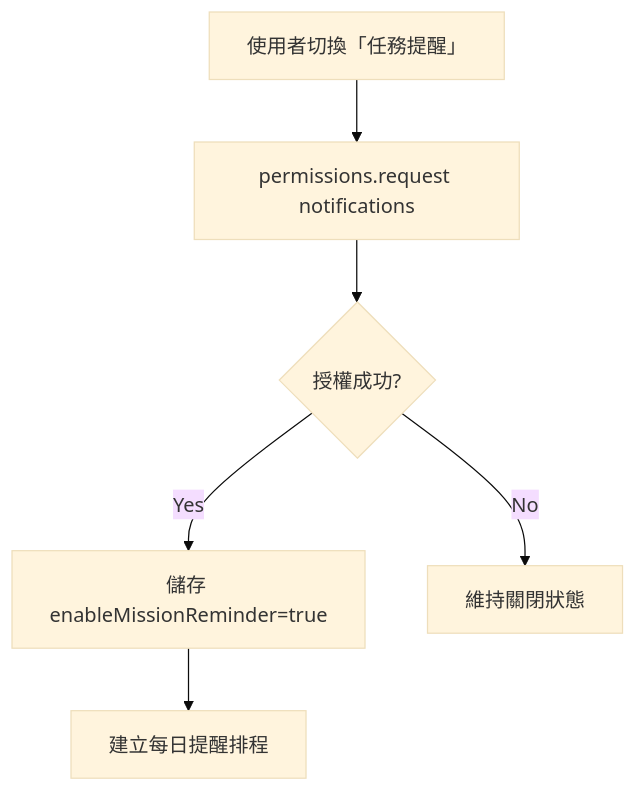
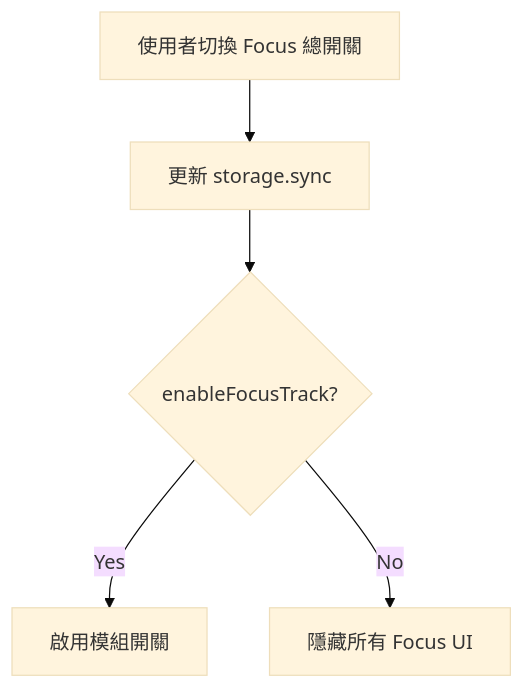
The fourth of 5 diagrams in .shared/05-flow-diagrams.md (kylecheng3146/highlighting-translate), drawn with Mermaid (base theme) before and after one commit. The commit also changed other lines of this file and 24 other files, not shown here.

Commit message:
feat: add contextual focus track with reports

````diff
--- a/.shared/05-flow-diagrams.md
+++ b/.shared/05-flow-diagrams.md
@@ -52,8 +52,7 @@
 ```mermaid
 flowchart TD
-    A[使用者切換「任務提醒」] --> B[permissions.request notifications]
-    B --> C{授權成功?}
-    C -- Yes --> D[儲存 enableMissionReminder=true]
-    D --> E[建立每日提醒排程]
-    C -- No --> F[維持關閉狀態]
+    A[使用者切換 Focus 總開關] --> B[更新 storage.sync]
+    B --> C{enableFocusTrack?}
+    C -- Yes --> D[啟用模組開關]
+    C -- No --> E[隱藏所有 Focus UI]
 ```
````
